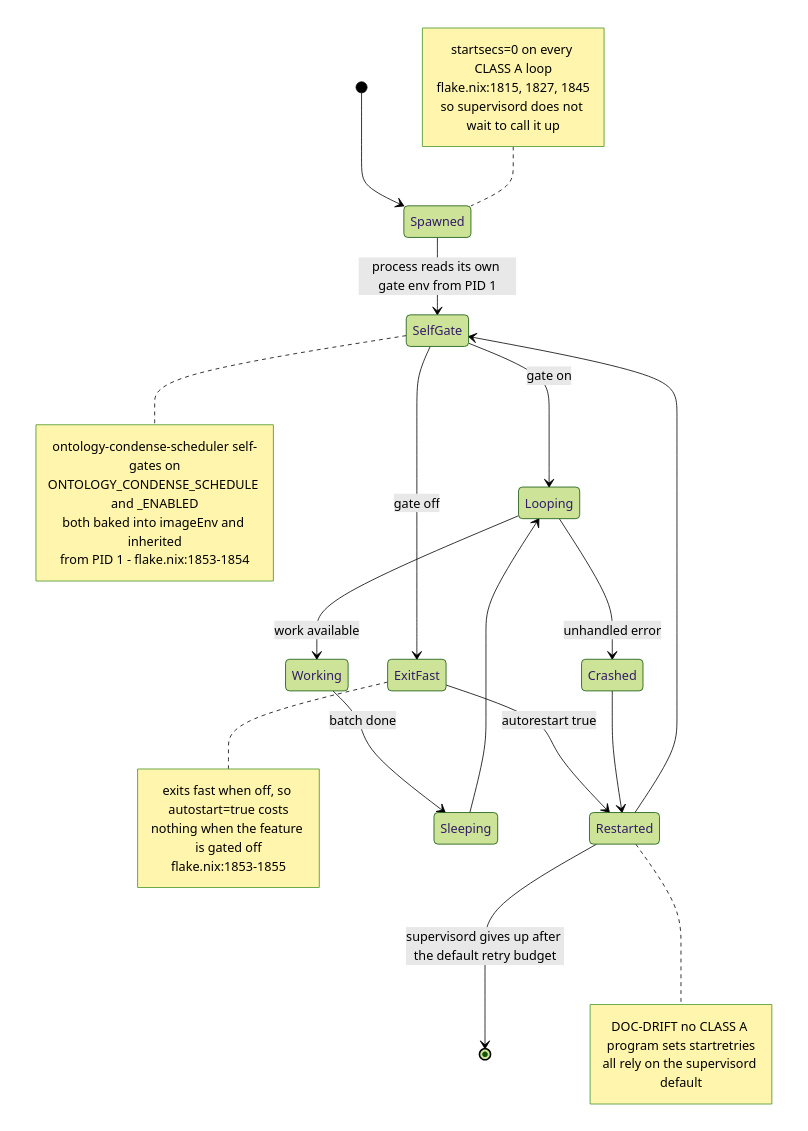
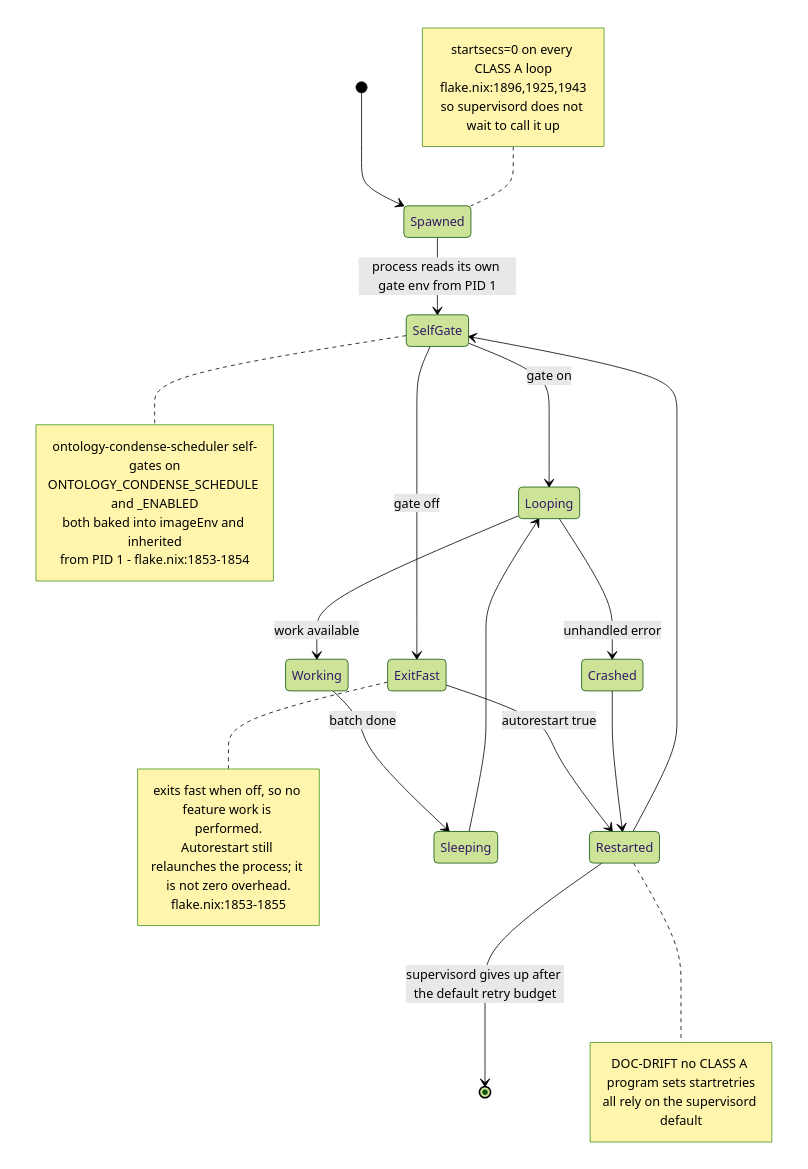
Before and after one commit to DreamLab-AI/VisionFlow: the second of 9 diagrams in docs/diagrams/agentbox/07-daemons-reapers-cron-backups.md, drawn with Mermaid (forest theme). The commit also changed other lines of this file and 51 other files, not shown here.

First line of the commit message:
docs(diagrams): agentbox AB-01..13 re-attested anchor by anchor (980 anchors, 22 defects); checkpoint against an out-of-mesh writer

````diff
--- a/docs/diagrams/agentbox/07-daemons-reapers-cron-backups.md
+++ b/docs/diagrams/agentbox/07-daemons-reapers-cron-backups.md
@@ -47,36 +47,36 @@
 ```mermaid
 stateDiagram-v2
     [*] --> Spawned
     Spawned --> SelfGate: process reads its own gate env from PID 1
     SelfGate --> ExitFast: gate off
     SelfGate --> Looping: gate on
     ExitFast --> Restarted: autorestart true
     Restarted --> SelfGate
     Looping --> Working: work available
     Working --> Sleeping: batch done
     Sleeping --> Looping
     Looping --> Crashed: unhandled error
     Crashed --> Restarted
     Restarted --> [*]: supervisord gives up after the default retry budget
 
     note right of SelfGate
         ontology-condense-scheduler self-gates on
         ONTOLOGY_CONDENSE_SCHEDULE and _ENABLED
         both baked into imageEnv and inherited
         from PID 1 - flake.nix:1853-1854
     end note
     note right of ExitFast
-        exits fast when off, so autostart=true costs
-        nothing when the feature is gated off
+        exits fast when off, so no feature work is performed.
+        Autorestart still relaunches the process; it is not zero overhead.
         flake.nix:1853-1855
     end note
     note left of Spawned
         startsecs=0 on every CLASS A loop
-        flake.nix:1815, 1827, 1845
+        flake.nix:1896,1925,1943
         so supervisord does not wait to call it up
     end note
     note right of Restarted
         DOC-DRIFT no CLASS A program sets startretries
         all rely on the supervisord default
     end note
 ```
````
